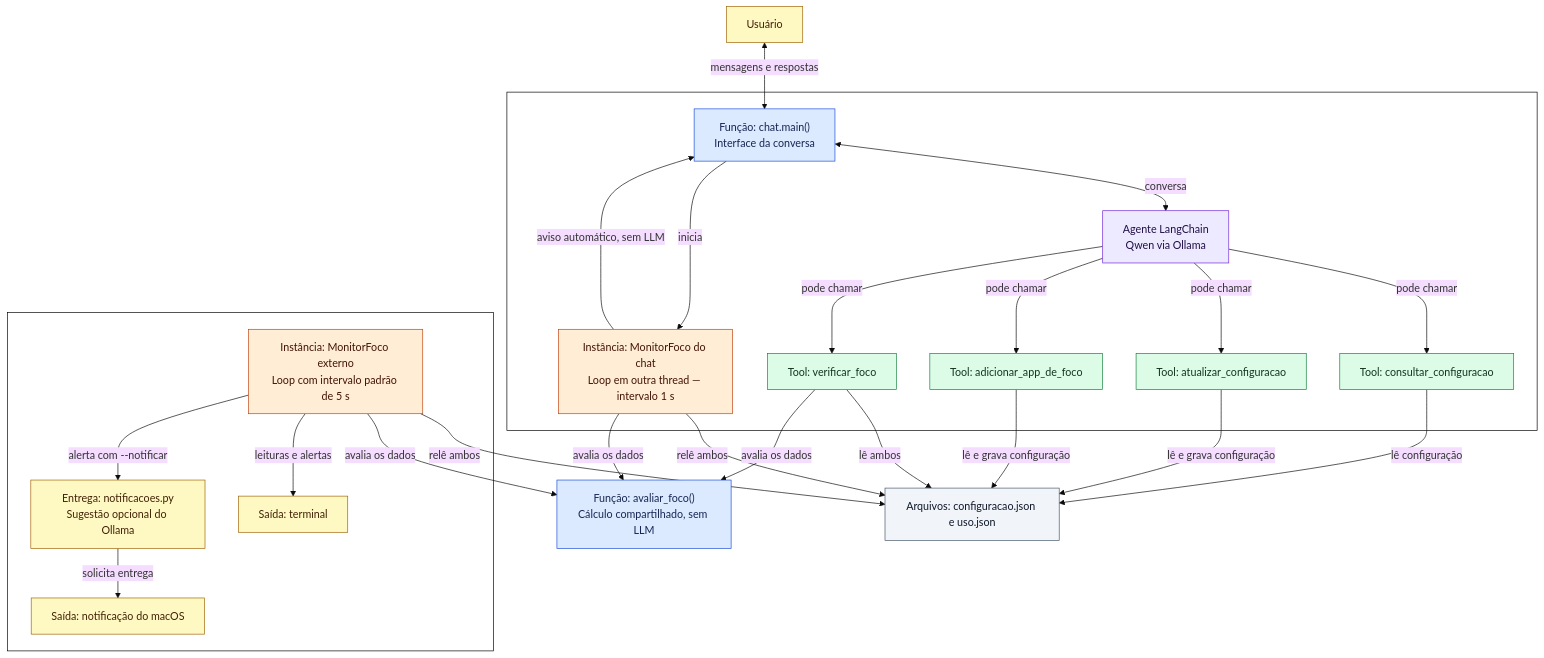
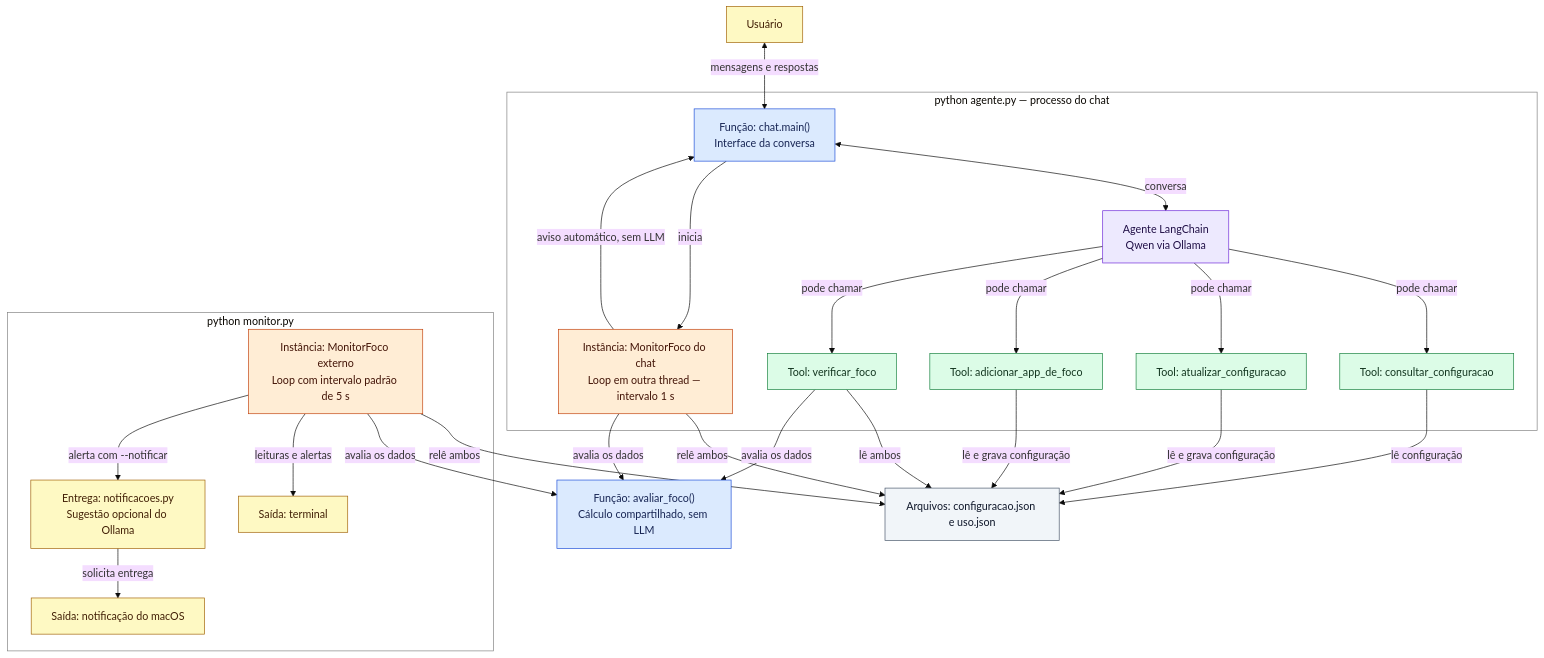
One commit to Luck4506/Residencia_IA_CPS_FluIA changed the diagram in simples_langchain/README.md. Above: the diagram before and after it, drawn with Mermaid (base theme).

Commit message:
mais melhorias no readme

````diff
--- a/simples_langchain/README.md
+++ b/simples_langchain/README.md
@@ -73,56 +73,56 @@
 ```mermaid
 flowchart TB
   usuario["Usuário"]:::externo
 
   subgraph conversa["python agente.py — processo do chat"]
     chat["Função: chat.main()<br/>Interface da conversa"]:::funcao
     agente["Agente LangChain<br/>Qwen via Ollama"]:::agente
     consultar["Tool: consultar_configuracao"]:::ferramenta
     atualizar["Tool: atualizar_configuracao"]:::ferramenta
     adicionar["Tool: adicionar_app_de_foco"]:::ferramenta
     verificar["Tool: verificar_foco"]:::ferramenta
     interno["Instância: MonitorFoco do chat<br/>Loop em outra thread — intervalo 1 s"]:::instancia
   end
 
   subgraph separado["python monitor.py"]
     externo["Instância: MonitorFoco externo<br/>Loop com intervalo padrão de 5 s"]:::instancia
     terminal["Saída: terminal"]:::externo
     notificacao["Entrega: notificacoes.py<br/>Sugestão opcional do Ollama"]:::externo
     mac["Saída: notificação do macOS"]:::externo
   end
 
   dados["Arquivos: configuracao.json e uso.json"]:::dado
   calculo["Função: avaliar_foco()<br/>Cálculo compartilhado, sem LLM"]:::funcao
 
   usuario <-->|"mensagens e respostas"| chat
   chat <-->|"conversa"| agente
   agente -->|"pode chamar"| consultar
   agente -->|"pode chamar"| atualizar
   agente -->|"pode chamar"| adicionar
   agente -->|"pode chamar"| verificar
   consultar -->|"lê configuração"| dados
   atualizar -->|"lê e grava configuração"| dados
   adicionar -->|"lê e grava configuração"| dados
   verificar -->|"lê ambos"| dados
   verificar -->|"avalia os dados"| calculo
 
   chat -->|"inicia"| interno
   interno -->|"aviso automático, sem LLM"| chat
   interno -->|"relê ambos"| dados
   externo -->|"relê ambos"| dados
   interno -->|"avalia os dados"| calculo
   externo -->|"avalia os dados"| calculo
   externo -->|"leituras e alertas"| terminal
   externo -->|"alerta com --notificar"| notificacao
   notificacao -->|"solicita entrega"| mac
 
-  style conversa fill:none,stroke:#000000,stroke-width:1px,color:#ffffff,filter:none
-  style separado fill:none,stroke:#000000,stroke-width:1px,color:#ffffff,filter:none
+  style conversa fill:none,stroke:#808080,stroke-width:1px,filter:none
+  style separado fill:none,stroke:#808080,stroke-width:1px,filter:none
 
   classDef agente fill:#ede9fe,stroke:#6d28d9,color:#211047
   classDef ferramenta fill:#dcfce7,stroke:#15803d,color:#12351f
   classDef funcao fill:#dbeafe,stroke:#1d4ed8,color:#172554
   classDef instancia fill:#ffedd5,stroke:#c2410c,color:#431407
   classDef dado fill:#f1f5f9,stroke:#475569,color:#0f172a
   classDef externo fill:#fef9c3,stroke:#a16207,color:#422006
 ```
````
